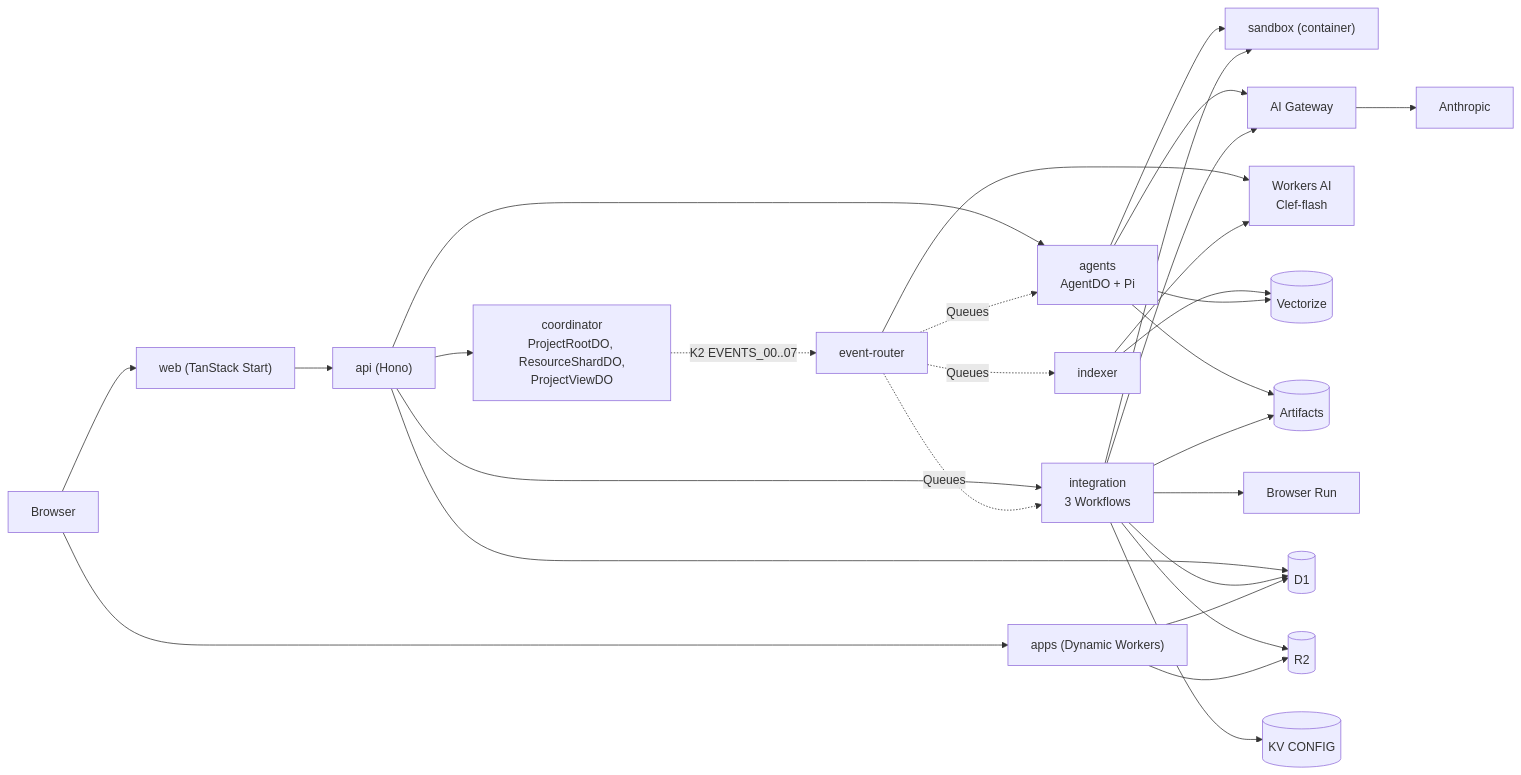
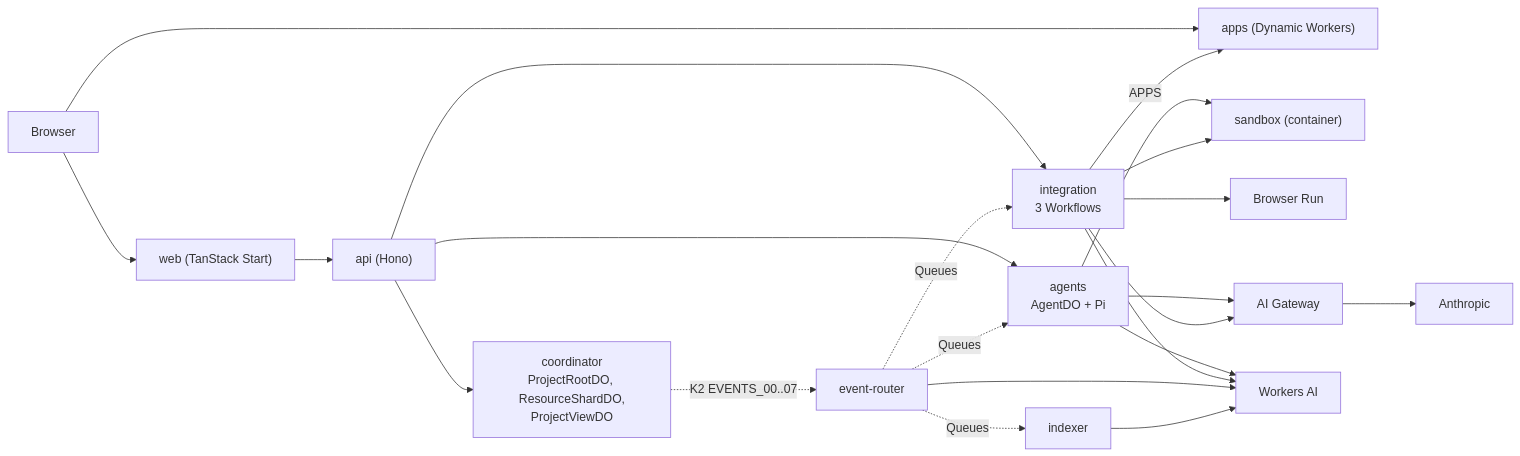
Before and after one commit to nsudhanva/rhumbatron: the diagram in docs/architecture/tech-stack.md, drawn with Mermaid. The commit also changed other lines of this file and 43 other files, not shown here.

````diff
--- a/docs/architecture/tech-stack.md
+++ b/docs/architecture/tech-stack.md
@@ -12,31 +13,24 @@
 ```mermaid
 flowchart LR
   USER["Browser"] --> WEB["web (TanStack Start)"]
   USER --> APPS["apps (Dynamic Workers)"]
   WEB --> API["api (Hono)"]
   API --> COORD["coordinator<br/>ProjectRootDO, ResourceShardDO,<br/>ProjectViewDO"]
   API --> INT["integration<br/>3 Workflows"]
   API --> AG["agents<br/>AgentDO + Pi"]
   COORD -.->|"K2 EVENTS_00..07"| ER["event-router"]
   ER -.->|"Queues"| AG
   ER -.->|"Queues"| INT
   ER -.->|"Queues"| IDX["indexer"]
+  INT -->|"APPS"| APPS
   AG --> SBX["sandbox (container)"]
   INT --> SBX
+  INT --> BR["Browser Run"]
   AG --> GW["AI Gateway"]
   INT --> GW
   GW --> ANT["Anthropic"]
-  ER --> WAI["Workers AI<br/>Clef-flash"]
+  AG --> WAI["Workers AI"]
+  INT --> WAI
+  ER --> WAI
   IDX --> WAI
-  IDX --> VEC[("Vectorize")]
-  AG --> VEC
-  AG --> ART[("Artifacts")]
-  INT --> ART
-  INT --> BR["Browser Run"]
-  API --> D1[("D1")]
-  INT --> D1
-  INT --> R2[("R2")]
-  INT --> KV[("KV CONFIG")]
-  APPS --> R2
-  APPS --> D1
 ```
````
